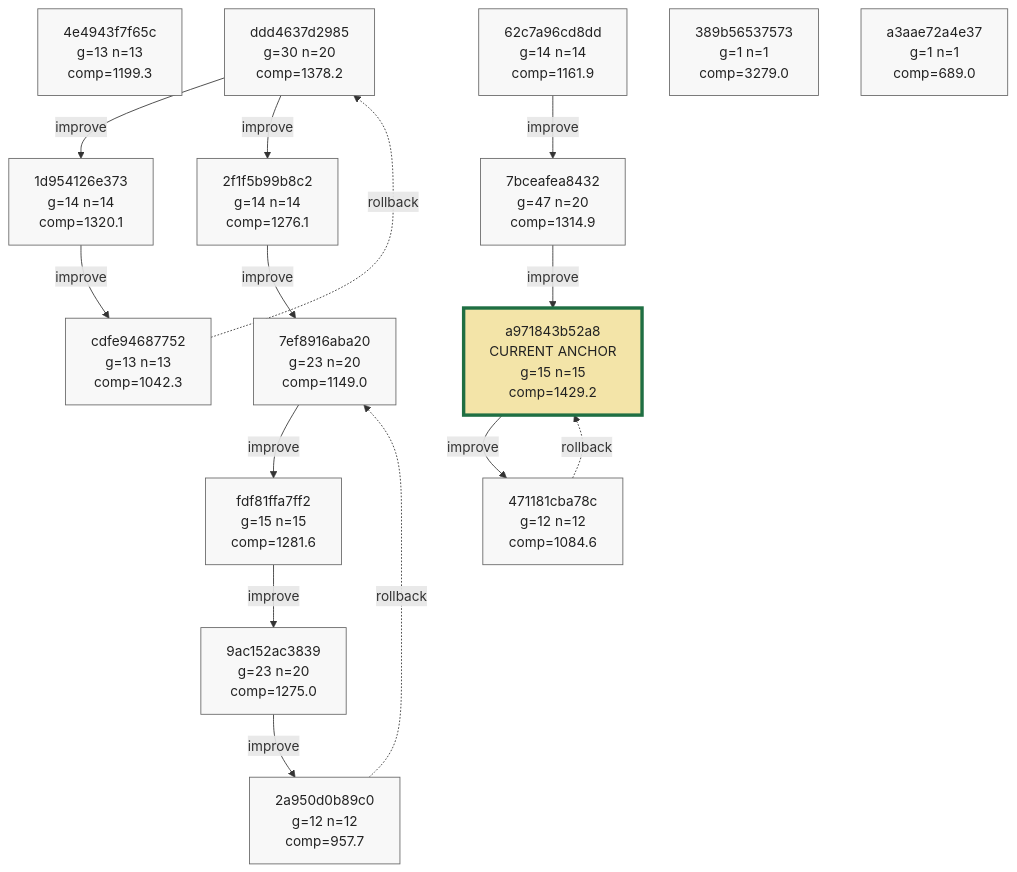
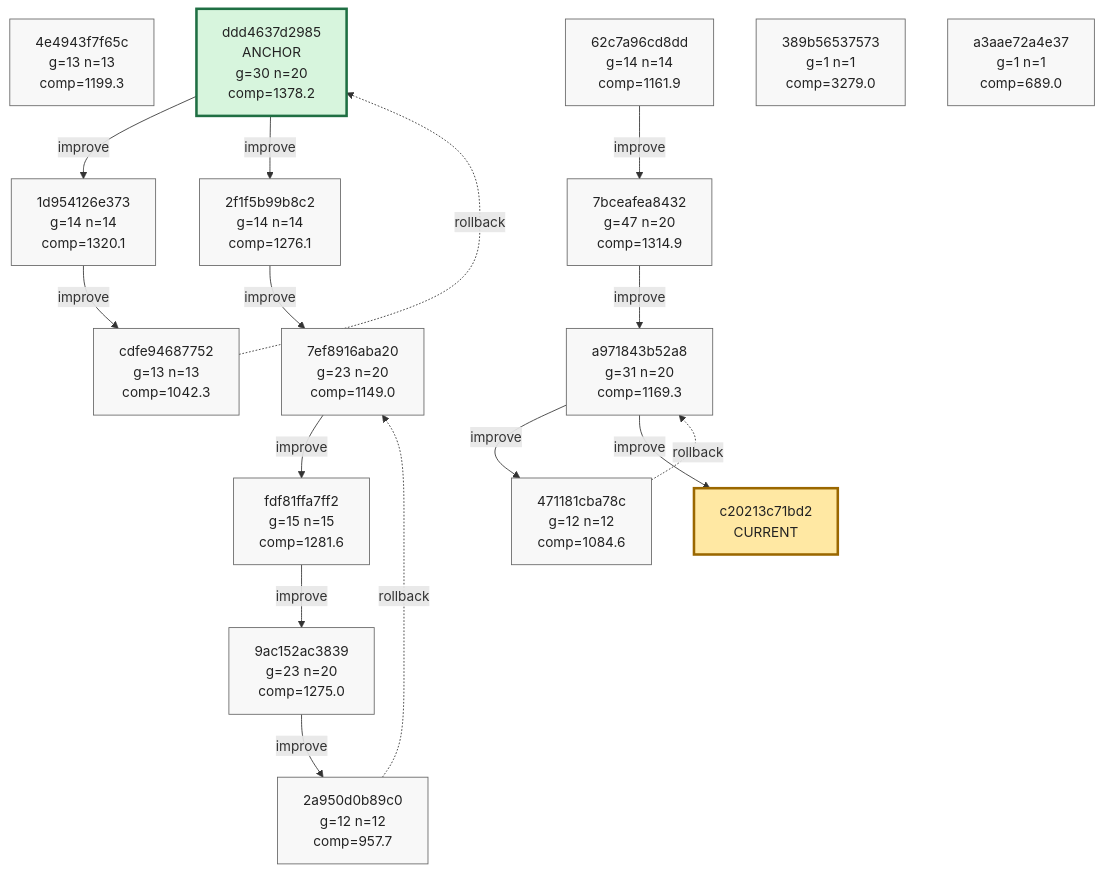
One commit to azumag/soviet_now changed the ninth of 9 diagrams in phyrogenetic-tree.md. Above: the diagram before and after it, drawn with Mermaid. The commit also changed other lines of this file and 2 other files, not shown here.

Commit message:
eloop Improve after 12 games (scores: 844 1479 1071 2111 1658 1730 1447 461 1277 872 466 1134)

````diff
--- a/phyrogenetic-tree.md
+++ b/phyrogenetic-tree.md
@@ -2236,53 +2236,56 @@
 ```mermaid
 flowchart TD
     h_4e4943f7f65c["4e4943f7f65c<br/>g=13 n=13<br/>comp=1199.3"]
-    h_ddd4637d2985["ddd4637d2985<br/>g=30 n=20<br/>comp=1378.2"]
+    h_ddd4637d2985["ddd4637d2985<br/>ANCHOR<br/>g=30 n=20<br/>comp=1378.2"]
     h_1d954126e373["1d954126e373<br/>g=14 n=14<br/>comp=1320.1"]
     h_cdfe94687752["cdfe94687752<br/>g=13 n=13<br/>comp=1042.3"]
     h_2f1f5b99b8c2["2f1f5b99b8c2<br/>g=14 n=14<br/>comp=1276.1"]
     h_7ef8916aba20["7ef8916aba20<br/>g=23 n=20<br/>comp=1149.0"]
     h_fdf81ffa7ff2["fdf81ffa7ff2<br/>g=15 n=15<br/>comp=1281.6"]
     h_9ac152ac3839["9ac152ac3839<br/>g=23 n=20<br/>comp=1275.0"]
     h_2a950d0b89c0["2a950d0b89c0<br/>g=12 n=12<br/>comp=957.7"]
     h_62c7a96cd8dd["62c7a96cd8dd<br/>g=14 n=14<br/>comp=1161.9"]
     h_7bceafea8432["7bceafea8432<br/>g=47 n=20<br/>comp=1314.9"]
-    h_a971843b52a8["a971843b52a8<br/>CURRENT ANCHOR<br/>g=15 n=15<br/>comp=1429.2"]
+    h_a971843b52a8["a971843b52a8<br/>g=31 n=20<br/>comp=1169.3"]
     h_471181cba78c["471181cba78c<br/>g=12 n=12<br/>comp=1084.6"]
     h_389b56537573["389b56537573<br/>g=1 n=1<br/>comp=3279.0"]
     h_a3aae72a4e37["a3aae72a4e37<br/>g=1 n=1<br/>comp=689.0"]
+    h_c20213c71bd2["c20213c71bd2<br/>CURRENT"]
 
     h_ddd4637d2985 -->|improve| h_1d954126e373
     h_1d954126e373 -->|improve| h_cdfe94687752
     h_cdfe94687752 -. rollback .-> h_ddd4637d2985
     h_ddd4637d2985 -->|improve| h_2f1f5b99b8c2
     h_2f1f5b99b8c2 -->|improve| h_7ef8916aba20
     h_7ef8916aba20 -->|improve| h_fdf81ffa7ff2
     h_fdf81ffa7ff2 -->|improve| h_9ac152ac3839
     h_9ac152ac3839 -->|improve| h_2a950d0b89c0
     h_2a950d0b89c0 -. rollback .-> h_7ef8916aba20
     h_62c7a96cd8dd -->|improve| h_7bceafea8432
     h_7bceafea8432 -->|improve| h_a971843b52a8
     h_a971843b52a8 -->|improve| h_471181cba78c
     h_471181cba78c -. rollback .-> h_a971843b52a8
+    h_a971843b52a8 -->|improve| h_c20213c71bd2
 
     classDef plain fill:#f8f8f8,stroke:#666,stroke-width:1px,color:#222;
     classDef current fill:#ffe8a3,stroke:#9a6700,stroke-width:3px,color:#222;
     classDef anchor fill:#d7f5dd,stroke:#1f6f43,stroke-width:3px,color:#222;
     classDef current_anchor fill:#f3e4a8,stroke:#1f6f43,stroke-width:4px,color:#222;
 
     class h_4e4943f7f65c plain;
-    class h_ddd4637d2985 plain;
+    class h_ddd4637d2985 anchor;
     class h_1d954126e373 plain;
     class h_cdfe94687752 plain;
     class h_2f1f5b99b8c2 plain;
     class h_7ef8916aba20 plain;
     class h_fdf81ffa7ff2 plain;
     class h_9ac152ac3839 plain;
     class h_2a950d0b89c0 plain;
     class h_62c7a96cd8dd plain;
     class h_7bceafea8432 plain;
-    class h_a971843b52a8 current_anchor;
+    class h_a971843b52a8 plain;
     class h_471181cba78c plain;
     class h_389b56537573 plain;
     class h_a3aae72a4e37 plain;
+    class h_c20213c71bd2 current;
 ```
````
